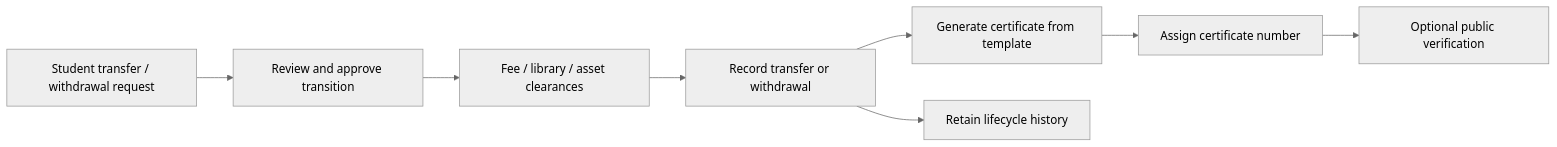
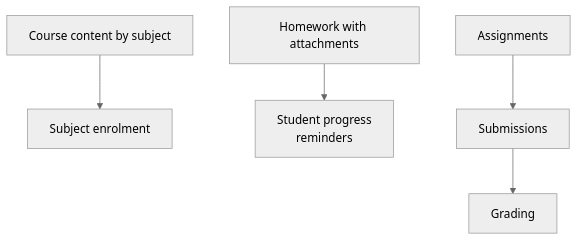
Before and after one commit to niddanamohansps-hue/Mocha-Edu: the ninth of 10 diagrams in SYSTEM_ARCHITECTURE_AND_MODULE_WORKFLOWS.md, drawn with Mermaid (neutral theme). The commit also changed other lines of this file and 1 other file, not shown here.

First line of the commit message:
docs(architecture): bring the architecture document up to date with the code

````diff
--- a/SYSTEM_ARCHITECTURE_AND_MODULE_WORKFLOWS.md
+++ b/SYSTEM_ARCHITECTURE_AND_MODULE_WORKFLOWS.md
@@ -267,10 +171,6 @@
 ```mermaid
-flowchart LR
-    Student["Student transfer / withdrawal request"] --> Review["Review and approve transition"]
-    Review --> Clearance["Fee / library / asset clearances"]
-    Clearance --> Status["Record transfer or withdrawal"]
-    Status --> Certificate["Generate certificate from template"]
-    Certificate --> Number["Assign certificate number"]
-    Number --> Verify["Optional public verification"]
-    Status --> History["Retain lifecycle history"]
+flowchart TD
+    Content["Course content by subject"] --> Enrol["Subject enrolment"]
+    HW["Homework with attachments"] --> Prog["Student progress<br/>reminders"]
+    Assign["Assignments"] --> Submit["Submissions"] --> Grade["Grading"]
 ```
````
